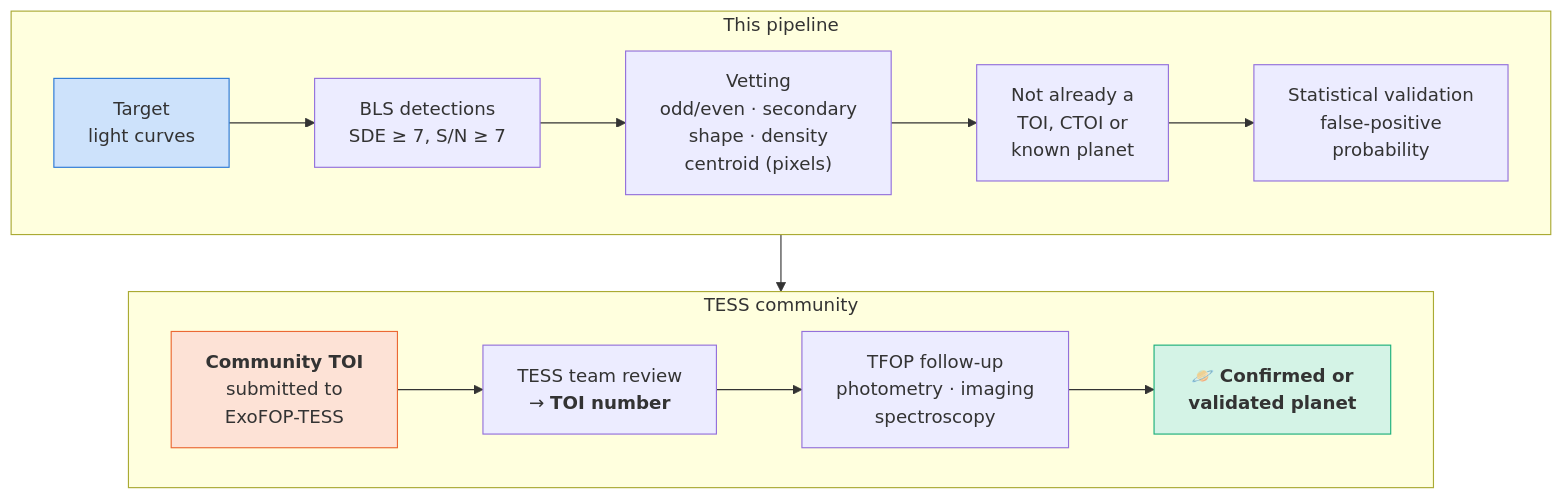
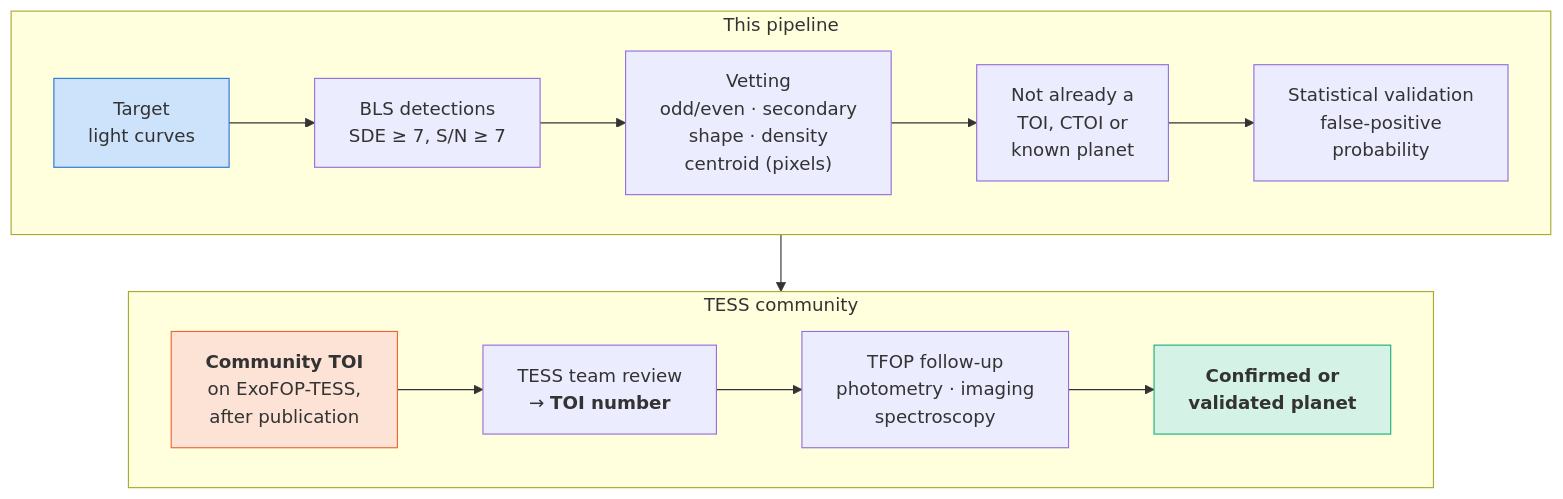
One commit to Comdex4/tess-transit-hunter changed the third of 3 diagrams in README.md. Above: the diagram before and after it, drawn with Mermaid. The commit also changed other lines of this file and 9 other files, not shown here.

````diff
--- a/README.md
+++ b/README.md
@@ -902,16 +988,16 @@
 ```mermaid
 flowchart TB
     subgraph R["This pipeline"]
         direction LR
         A["Target<br/>light curves"] --> B["BLS detections<br/>SDE ≥ 7, S/N ≥ 7"] --> C["Vetting<br/>odd/even · secondary<br/>shape · density<br/>centroid (pixels)"] --> D["Not already a<br/>TOI, CTOI or<br/>known planet"] --> E["Statistical validation<br/>false-positive<br/>probability"]
     end
     subgraph T["TESS community"]
         direction LR
-        F["<b>Community TOI</b><br/>submitted to<br/>ExoFOP-TESS"] --> G["TESS team review<br/>→ <b>TOI number</b>"] --> H["TFOP follow-up<br/>photometry · imaging<br/>spectroscopy"] --> I["🪐 <b>Confirmed or<br/>validated planet</b>"]
+        F["<b>Community TOI</b><br/>on ExoFOP-TESS,<br/>after publication"] --> G["TESS team review<br/>→ <b>TOI number</b>"] --> H["TFOP follow-up<br/>photometry · imaging<br/>spectroscopy"] --> I["<b>Confirmed or<br/>validated planet</b>"]
     end
     R --> T
 
     style A fill:#cde2fb,stroke:#2a78d6
     style F fill:#fde2d6,stroke:#eb6834
     style I fill:#d4f3e6,stroke:#1baf7a
 ```
````
